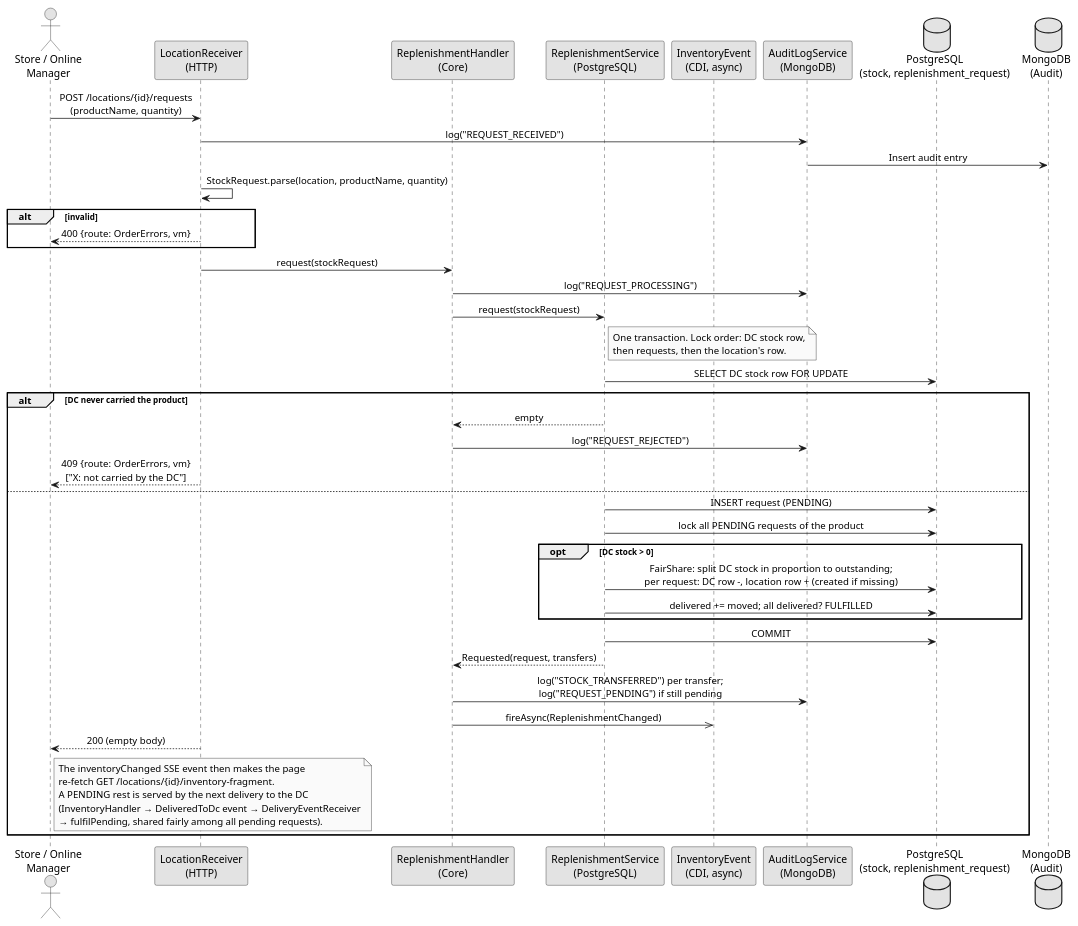
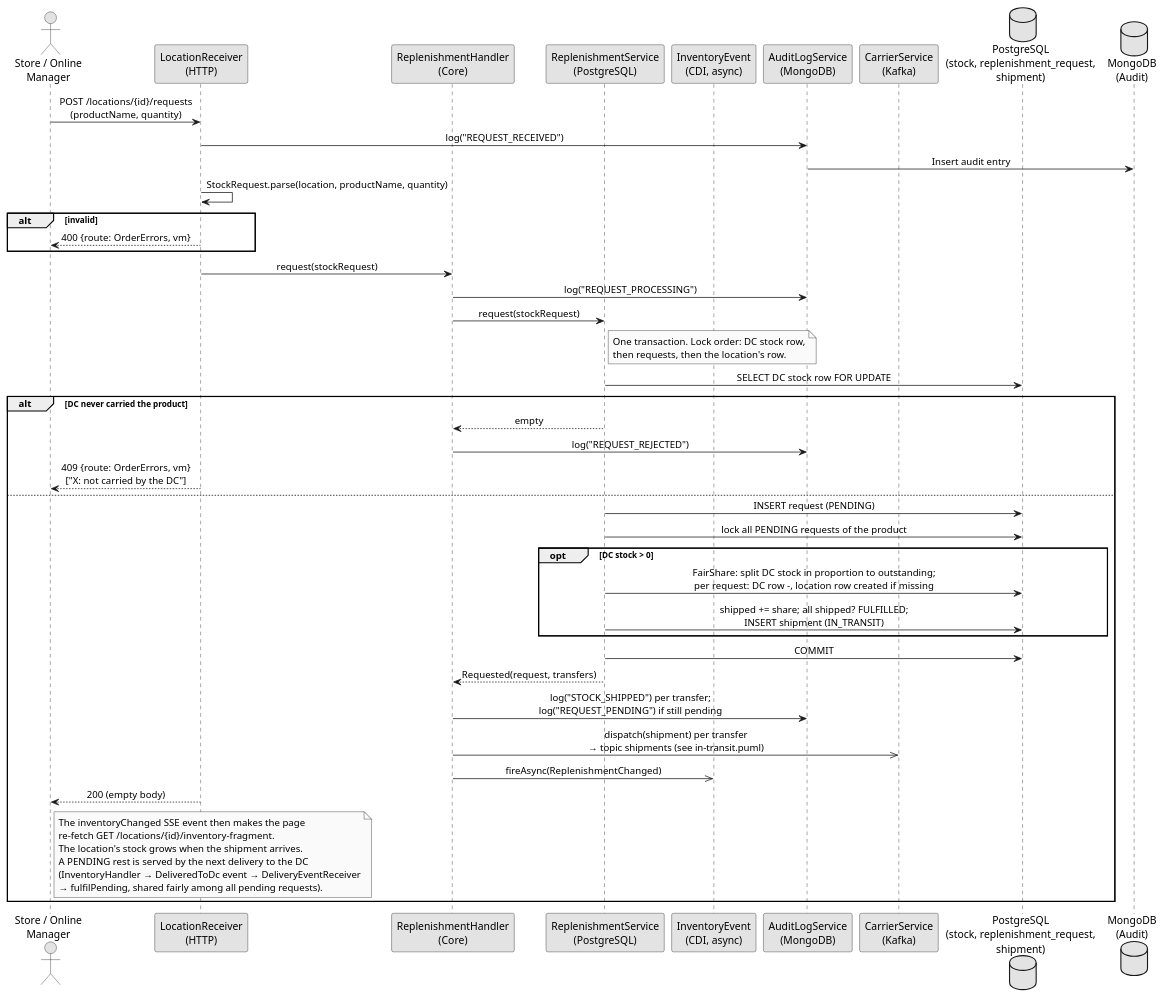
The diagram in docs/architecture/flows/location-request.puml (svene/2026-07-26_quarkus-hexagon-demo-mm-per-tech), drawn with PlantUML before and after one commit. The commit also changed 50 other files, not shown here.

```diff
--- a/docs/architecture/flows/location-request.puml
+++ b/docs/architecture/flows/location-request.puml
@@ -1,56 +1,59 @@
 @startuml location_request
 skinparam monochrome true
 skinparam sequenceMessageAlign center
 skinparam backgroundColor #ffffff
 
 actor "Store / Online\nManager" as user
 participant "LocationReceiver\n(HTTP)" as receiver
 participant "ReplenishmentHandler\n(Core)" as handler
 participant "ReplenishmentService\n(PostgreSQL)" as service
 participant "InventoryEvent\n(CDI, async)" as changes
 participant "AuditLogService\n(MongoDB)" as audit
-database "PostgreSQL\n(stock, replenishment_request)" as db
+participant "CarrierService\n(Kafka)" as carrier
+database "PostgreSQL\n(stock, replenishment_request,\nshipment)" as db
 database "MongoDB\n(Audit)" as db_audit
 
 user -> receiver: POST /locations/{id}/requests\n(productName, quantity)
 receiver -> audit: log("REQUEST_RECEIVED")
 audit -> db_audit: Insert audit entry
 receiver -> receiver: StockRequest.parse(location, productName, quantity)
 alt invalid
   receiver --> user: 400 {route: OrderErrors, vm}
 end
 
 receiver -> handler: request(stockRequest)
 handler -> audit: log("REQUEST_PROCESSING")
 handler -> service: request(stockRequest)
 note right of service
   One transaction. Lock order: DC stock row,
   then requests, then the location's row.
 end note
 service -> db: SELECT DC stock row FOR UPDATE
 alt DC never carried the product
   service --> handler: empty
   handler -> audit: log("REQUEST_REJECTED")
   receiver --> user: 409 {route: OrderErrors, vm}\n["X: not carried by the DC"]
 else
   service -> db: INSERT request (PENDING)
   service -> db: lock all PENDING requests of the product
   opt DC stock > 0
-    service -> db: FairShare: split DC stock in proportion to outstanding;\nper request: DC row -, location row + (created if missing)
-    service -> db: delivered += moved; all delivered? FULFILLED
+    service -> db: FairShare: split DC stock in proportion to outstanding;\nper request: DC row -, location row created if missing
+    service -> db: shipped += share; all shipped? FULFILLED;\nINSERT shipment (IN_TRANSIT)
   end
   service -> db: COMMIT
   service --> handler: Requested(request, transfers)
-  handler -> audit: log("STOCK_TRANSFERRED") per transfer;\nlog("REQUEST_PENDING") if still pending
+  handler -> audit: log("STOCK_SHIPPED") per transfer;\nlog("REQUEST_PENDING") if still pending
+  handler ->> carrier: dispatch(shipment) per transfer\n→ topic shipments (see in-transit.puml)
   handler ->> changes: fireAsync(ReplenishmentChanged)
   receiver --> user: 200 (empty body)
   note right of user
     The inventoryChanged SSE event then makes the page
     re-fetch GET /locations/{id}/inventory-fragment.
+    The location's stock grows when the shipment arrives.
     A PENDING rest is served by the next delivery to the DC
     (InventoryHandler → DeliveredToDc event → DeliveryEventReceiver
     → fulfilPending, shared fairly among all pending requests).
   end note
 end
 
 @enduml
```
